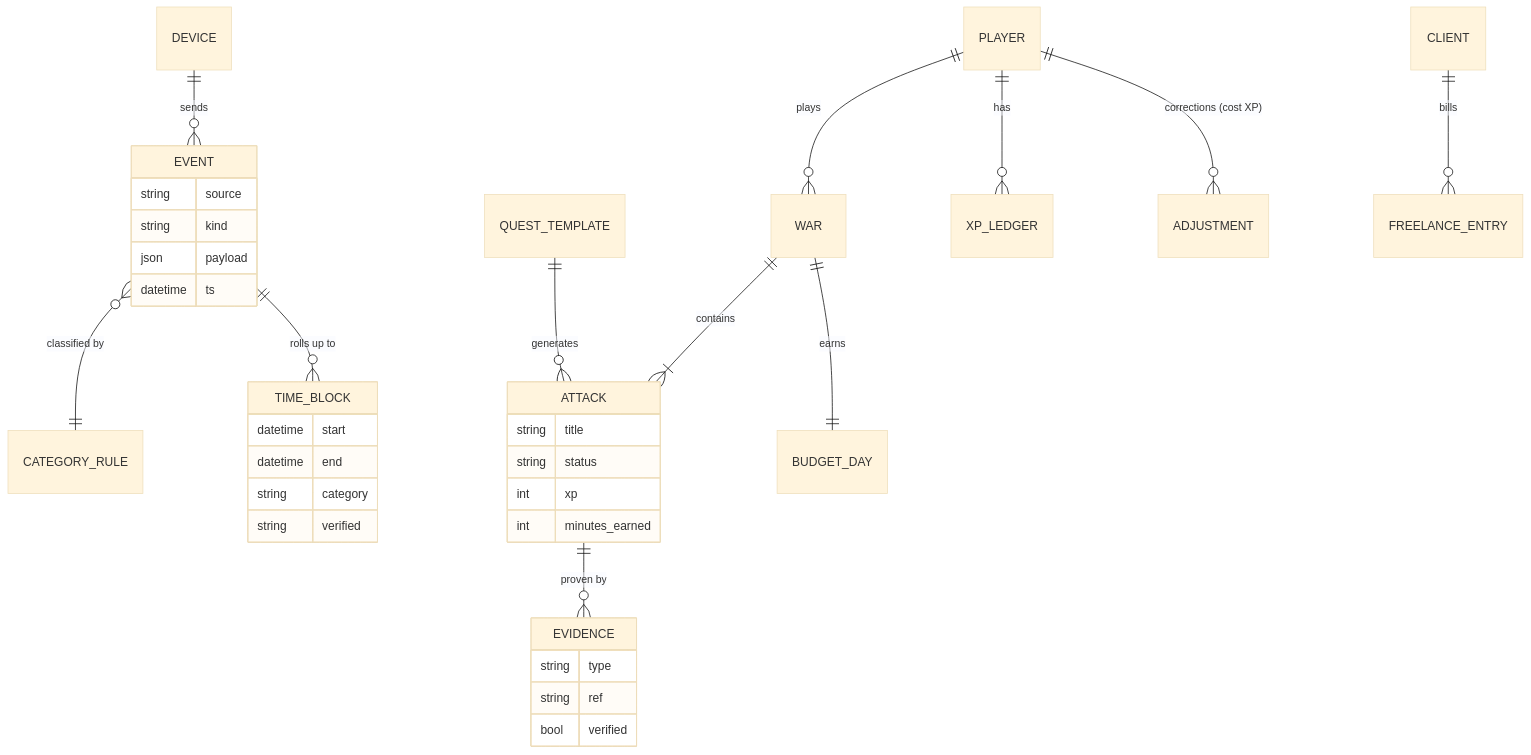
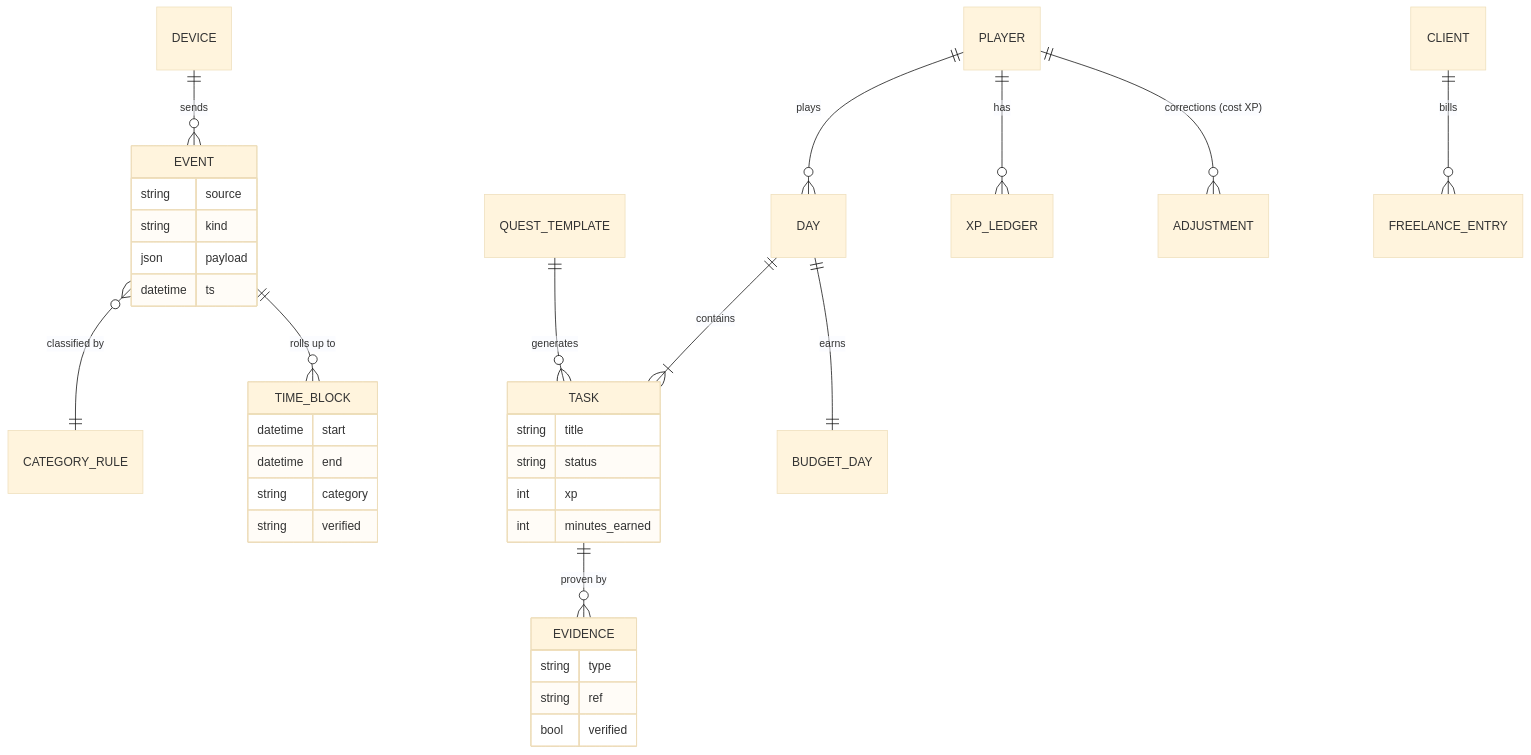
Before and after one commit to MSVhora/life-game: the fourth of 6 diagrams in docs/ARCHITECTURE.md, drawn with Mermaid (base theme). The commit also changed other lines of this file and 7 other files, not shown here.

````diff
--- a/docs/ARCHITECTURE.md
+++ b/docs/ARCHITECTURE.md
@@ -82,37 +82,37 @@
 ```mermaid
 erDiagram
   DEVICE ||--o{ EVENT : sends
   EVENT }o--|| CATEGORY_RULE : "classified by"
   EVENT ||--o{ TIME_BLOCK : "rolls up to"
-  WAR ||--|{ ATTACK : contains
-  ATTACK ||--o{ EVIDENCE : "proven by"
-  QUEST_TEMPLATE ||--o{ ATTACK : generates
-  WAR ||--|| BUDGET_DAY : earns
-  PLAYER ||--o{ WAR : plays
+  DAY ||--|{ TASK : contains
+  TASK ||--o{ EVIDENCE : "proven by"
+  QUEST_TEMPLATE ||--o{ TASK : generates
+  DAY ||--|| BUDGET_DAY : earns
+  PLAYER ||--o{ DAY : plays
   PLAYER ||--o{ XP_LEDGER : has
   PLAYER ||--o{ ADJUSTMENT : "corrections (cost XP)"
   CLIENT ||--o{ FREELANCE_ENTRY : bills
   EVENT {
     string source
     string kind
     json payload
     datetime ts
   }
   TIME_BLOCK {
     datetime start
     datetime end
     string category
     string verified
   }
-  ATTACK {
+  TASK {
     string title
     string status
     int xp
     int minutes_earned
   }
   EVIDENCE {
     string type
     string ref
     bool verified
   }
 ```
````
